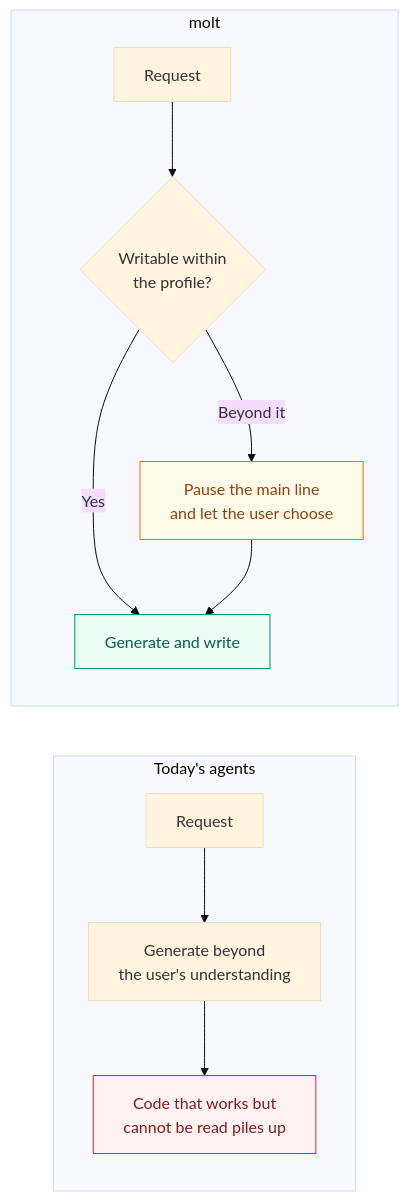
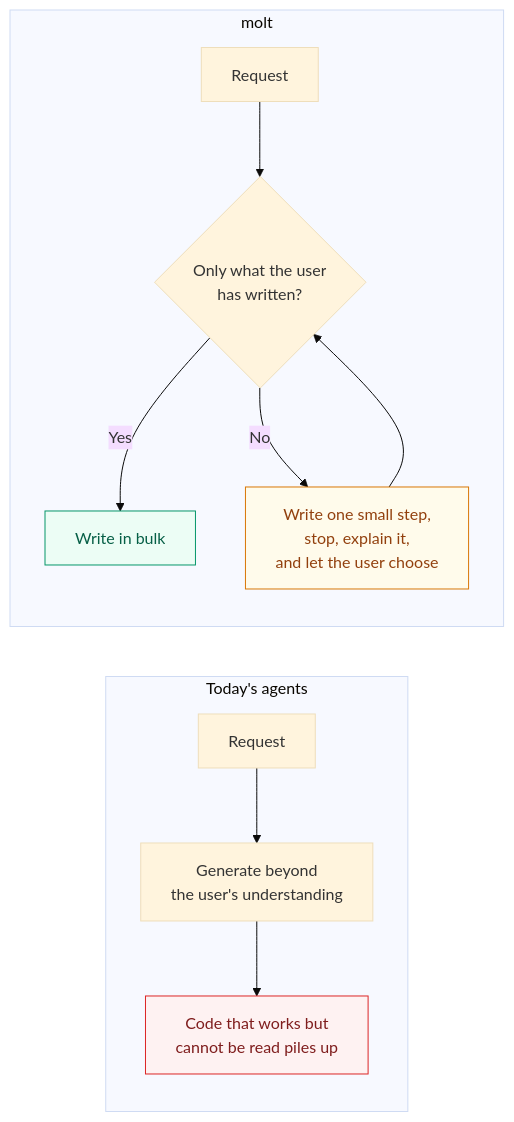
Before and after one commit to sumiredc/molt: the first of 9 diagrams in PRD.md, drawn with Mermaid (base theme). The commit also changed other lines of this file and 1 other file, not shown here.

````diff
--- a/PRD.md
+++ b/PRD.md
@@ -20,15 +20,15 @@
 ```mermaid
 flowchart LR
   subgraph now["Today's agents"]
     A1["Request"] --> A2["Generate beyond<br/>the user's understanding"] --> A3["Code that works but<br/>cannot be read piles up"]:::bad
   end
   subgraph molt["molt"]
-    B1["Request"] --> B2{"Writable within<br/>the profile?"}
-    B2 -- "Yes" --> B3["Generate and write"]:::ok
-    B2 -- "Beyond it" --> B4["Pause the main line<br/>and let the user choose"]:::warn
-    B4 --> B3
+    B1["Request"] --> B2{"Only what the user<br/>has written?"}
+    B2 -- "Yes" --> B3["Write in bulk"]:::ok
+    B2 -- "No" --> B4["Write one small step,<br/>stop, explain it,<br/>and let the user choose"]:::warn
+    B4 --> B2
   end
   classDef ok   fill:#ecfdf5,stroke:#059669,color:#065f46
   classDef warn fill:#fffbeb,stroke:#d97706,color:#92400e
   classDef bad  fill:#fef2f2,stroke:#dc2626,color:#7f1d1d
 ```
````
